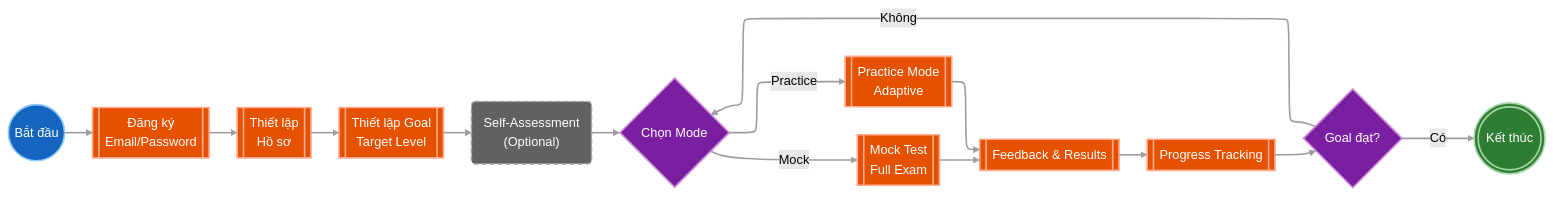
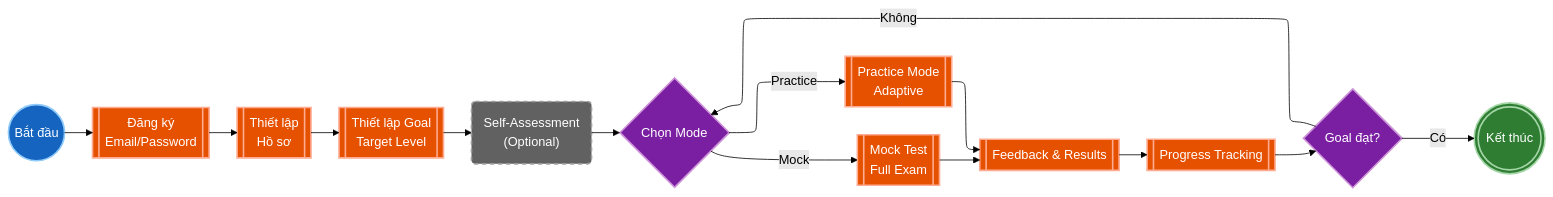
One commit to nghyane/VSTEP changed the ninth of 12 diagrams in docs/capstone/diagrams/flow-diagrams.vi.md. Above: the diagram before and after it, drawn with Mermaid (forest theme). The commit also changed other lines of this file, not shown here.

First line of the commit message:
fix(docs): remove unsupported linkStyle syntax causing parse errors

````diff
--- a/docs/capstone/diagrams/flow-diagrams.vi.md
+++ b/docs/capstone/diagrams/flow-diagrams.vi.md
@@ -547,42 +607,41 @@
 ```mermaid
 ---
 config:
   layout: elk
 ---
 flowchart LR
     Start@{ shape: circle, label: "Bắt đầu" }
     Reg@{ shape: fr-rect, label: "Đăng ký<br/>Email/Password" }
     Profile@{ shape: fr-rect, label: "Thiết lập<br/>Hồ sơ" }
     Goal@{ shape: fr-rect, label: "Thiết lập Goal<br/>Target Level" }
     SelfAssess@{ shape: rounded, label: "Self-Assessment<br/>(Optional)" }
     Select@{ shape: diam, label: "Chọn Mode" }
     Practice@{ shape: fr-rect, label: "Practice Mode<br/>Adaptive" }
     Mock@{ shape: fr-rect, label: "Mock Test<br/>Full Exam" }
     Feedback@{ shape: fr-rect, label: "Feedback & Results" }
     Progress@{ shape: fr-rect, label: "Progress Tracking" }
     GoalCheck@{ shape: diam, label: "Goal đạt?" }
     End@{ shape: dbl-circ, label: "Kết thúc" }
 
     Start --> Reg --> Profile --> Goal --> SelfAssess --> Select
     Select -->|"Practice"| Practice
     Select -->|"Mock"| Mock
     Practice --> Feedback
     Mock --> Feedback
     Feedback --> Progress --> GoalCheck
     GoalCheck -->|"Không"| Select
     GoalCheck -->|"Có"| End
 
     classDef start fill:#1565c0,stroke:#90caf9,stroke-width:2px,color:#fff
     classDef process fill:#e65100,stroke:#ffab91,stroke-width:2px,color:#fff
     classDef decision fill:#7b1fa2,stroke:#ce93d8,stroke-width:2px,color:#fff
     classDef success fill:#2e7d32,stroke:#a5d6a7,stroke-width:2px,color:#fff
     classDef optional fill:#616161,stroke:#9e9e9e,stroke-width:2px,stroke-dasharray: 5 5,color:#fff
 
     class Start start
     class Reg,Profile,Goal,Practice,Mock,Feedback,Progress process
     class Select,GoalCheck decision
     class End success
     class SelfAssess optional
 
-    linkStyle default stroke:#9e9e9e,stroke-width:2px
 ```
````
